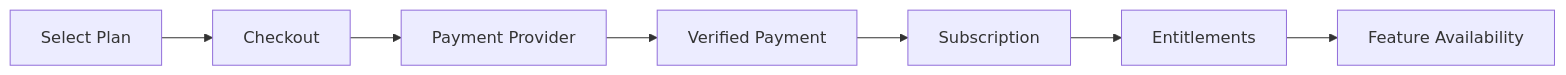
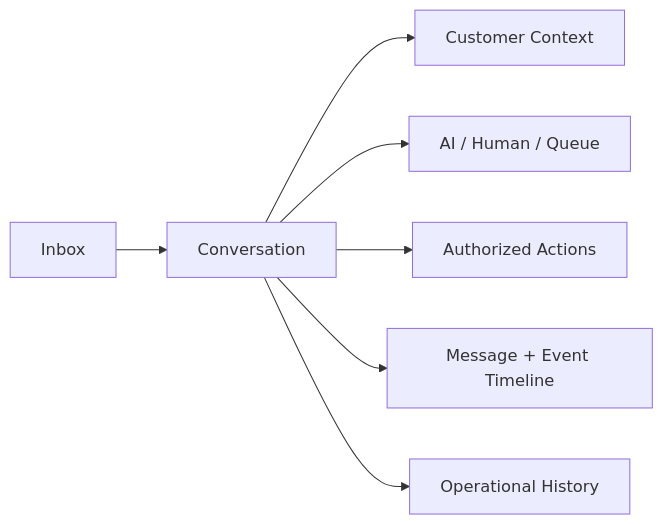
The second of 4 diagrams in docs/product/UX-flows.md (D-engahmed/OMILINKS), drawn with Mermaid before and after one commit. The commit also changed other lines of this file and 2 other files, not shown here.

```diff
--- a/docs/product/UX-flows.md
+++ b/docs/product/UX-flows.md
@@ -149,9 +51,9 @@
 ~~~mermaid
 flowchart LR
-PLAN[Select Plan] --> CHECKOUT[Checkout]
-CHECKOUT --> PROVIDER[Payment Provider]
-PROVIDER --> VERIFIED[Verified Payment]
-VERIFIED --> SUB[Subscription]
-SUB --> ENT[Entitlements]
-ENT --> UI[Feature Availability]
+LIST[Inbox] --> CONV[Conversation]
+CONV --> CUSTOMER[Customer Context]
+CONV --> CONTROL[AI / Human / Queue]
+CONV --> ACTIONS[Authorized Actions]
+CONV --> TIMELINE[Message + Event Timeline]
+CONV --> AUDIT[Operational History]
 ~~~
```
